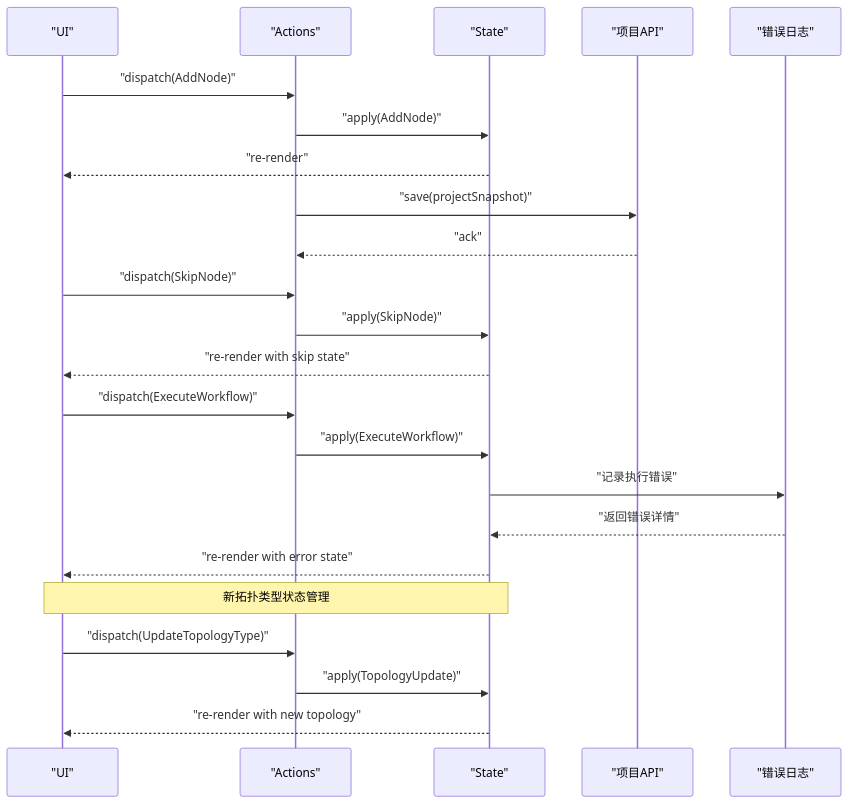
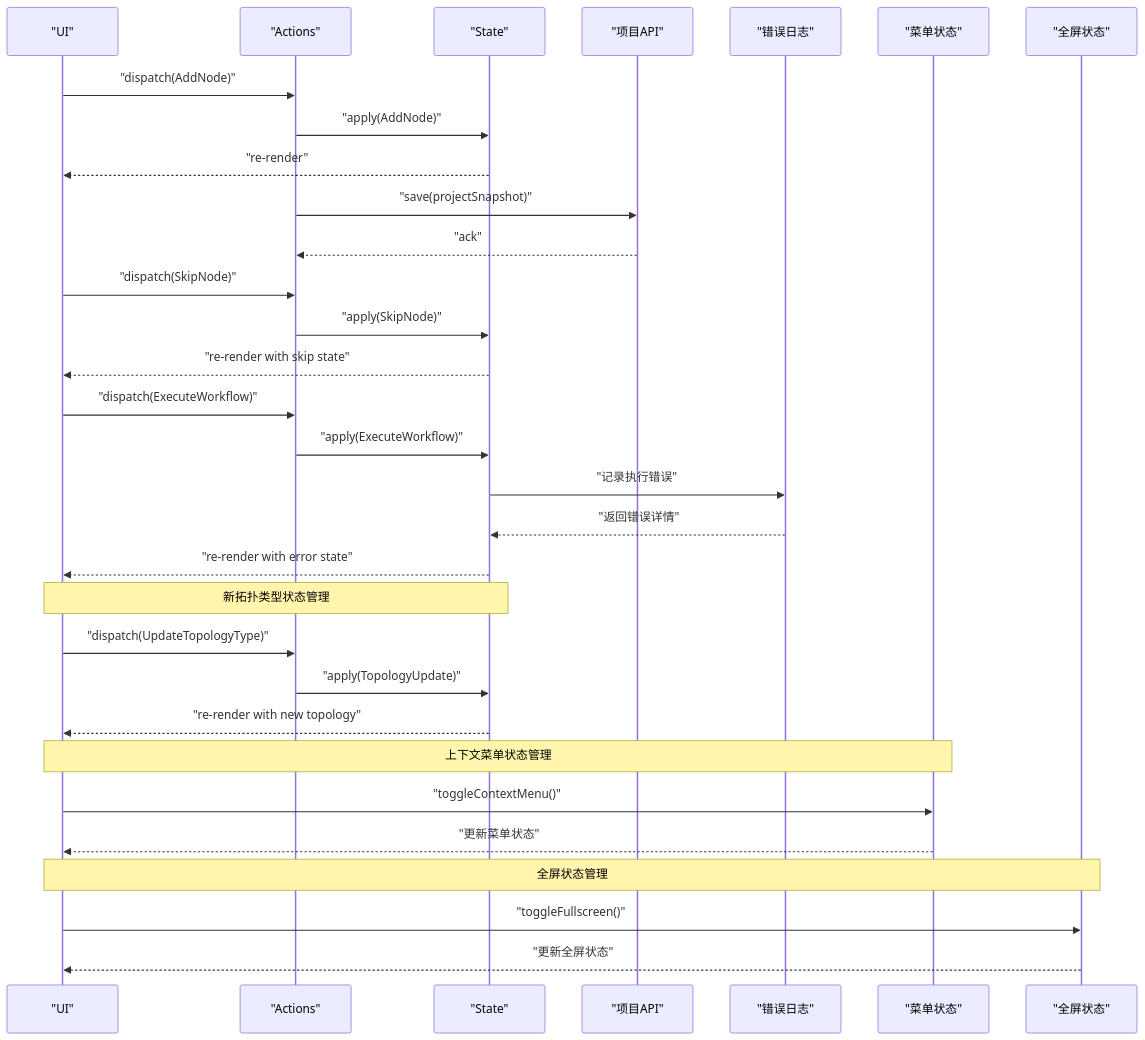
One commit to scottcwy/PurpleInk changed diagram 11 of 19 in .qoder/repowiki/zh/content/画布编辑器/画布编辑器.md. Above: the diagram before and after it, drawn with Mermaid. The commit also changed other lines of this file and 23 other files, not shown here.

````diff
--- a/.qoder/repowiki/zh/content/画布编辑器/画布编辑器.md
+++ b/.qoder/repowiki/zh/content/画布编辑器/画布编辑器.md
@@ -500,25 +638,33 @@
 ```mermaid
 sequenceDiagram
 participant UI as "UI"
 participant Actions as "Actions"
 participant State as "State"
 participant API as "项目API"
 participant ErrorLog as "错误日志"
+participant MenuState as "菜单状态"
+participant FullscreenState as "全屏状态"
 UI->>Actions : "dispatch(AddNode)"
 Actions->>State : "apply(AddNode)"
 State-->>UI : "re-render"
 Actions->>API : "save(projectSnapshot)"
 API-->>Actions : "ack"
 UI->>Actions : "dispatch(SkipNode)"
 Actions->>State : "apply(SkipNode)"
 State-->>UI : "re-render with skip state"
 UI->>Actions : "dispatch(ExecuteWorkflow)"
 Actions->>State : "apply(ExecuteWorkflow)"
 State->>ErrorLog : "记录执行错误"
 ErrorLog-->>State : "返回错误详情"
 State-->>UI : "re-render with error state"
 Note over UI,State : 新拓扑类型状态管理
 UI->>Actions : "dispatch(UpdateTopologyType)"
 Actions->>State : "apply(TopologyUpdate)"
 State-->>UI : "re-render with new topology"
+Note over UI,MenuState : 上下文菜单状态管理
+UI->>MenuState : "toggleContextMenu()"
+MenuState-->>UI : "更新菜单状态"
+Note over UI,FullscreenState : 全屏状态管理
+UI->>FullscreenState : "toggleFullscreen()"
+FullscreenState-->>UI : "更新全屏状态"
 ```
````
